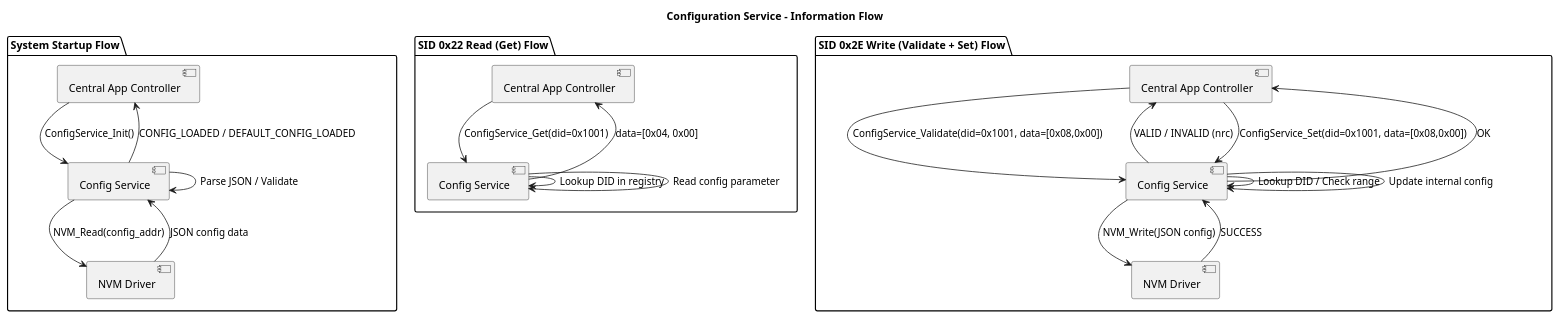
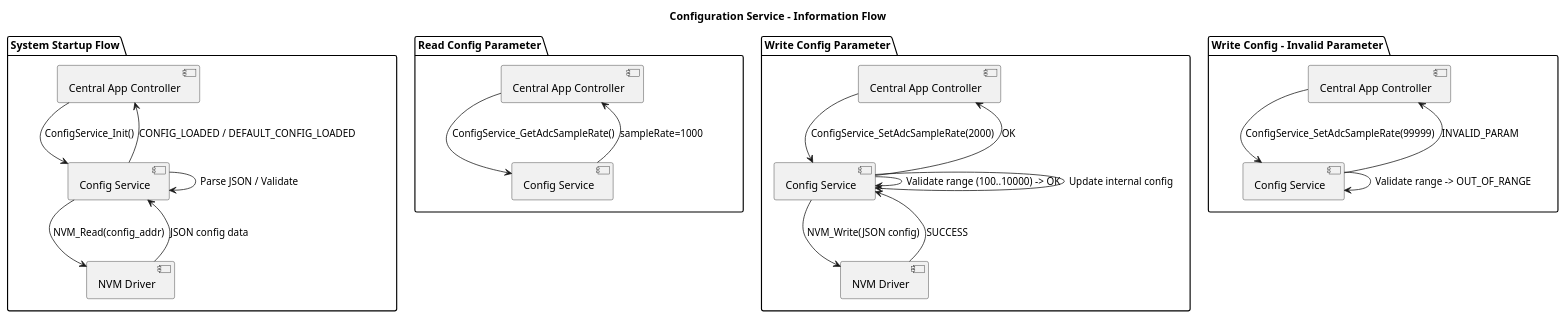
One commit to LinhTrucVo/Bico_Protocol_Bridge changed the diagram in 2_architecture/fucntionView/layer2Service/configService/informationFlow.puml. Above: the diagram before and after it, drawn with PlantUML. The commit also changed 19 other files, not shown here.

First line of the commit message:
Central App Controller now owns all DID/RID mapping and converts UDS requests into typed API calls for downstream modules. ConfigService, SerialToXxxApp modules no longer have any UDS/DID/RID awareness — they expose plain typed APIs (e.g. ReadAdc(ch), WriteGpio(pin, state), SetAdcSampleRate(rate)).

```diff
--- a/2_architecture/fucntionView/layer2Service/configService/informationFlow.puml
+++ b/2_architecture/fucntionView/layer2Service/configService/informationFlow.puml
@@ -1,41 +1,46 @@
 @startuml
 title Configuration Service - Information Flow
 
 package "System Startup Flow" {
     component "Central App Controller" as CAC1
     component "Config Service" as CS1
     component "NVM Driver" as NVM1
 
     CAC1 -down-> CS1 : ConfigService_Init()
     CS1 -down-> NVM1 : NVM_Read(config_addr)
     NVM1 -up-> CS1 : JSON config data
     CS1 -down-> CS1 : Parse JSON / Validate
     CS1 -up-> CAC1 : CONFIG_LOADED / DEFAULT_CONFIG_LOADED
 }
 
-package "SID 0x22 Read (Get) Flow" {
+package "Read Config Parameter" {
     component "Central App Controller" as CAC2
     component "Config Service" as CS2
 
-    CAC2 -down-> CS2 : ConfigService_Get(did=0x1001)
-    CS2 -down-> CS2 : Lookup DID in registry
-    CS2 -down-> CS2 : Read config parameter
-    CS2 -up-> CAC2 : data=[0x04, 0x00]
+    CAC2 -down-> CS2 : ConfigService_GetAdcSampleRate()
+    CS2 -up-> CAC2 : sampleRate=1000
 }
 
-package "SID 0x2E Write (Validate + Set) Flow" {
+package "Write Config Parameter" {
     component "Central App Controller" as CAC3
     component "Config Service" as CS3
     component "NVM Driver" as NVM3
 
-    CAC3 -down-> CS3 : ConfigService_Validate(did=0x1001, data=[0x08,0x00])
-    CS3 -down-> CS3 : Lookup DID / Check range
-    CS3 -up-> CAC3 : VALID / INVALID (nrc)
-    CAC3 -down-> CS3 : ConfigService_Set(did=0x1001, data=[0x08,0x00])
+    CAC3 -down-> CS3 : ConfigService_SetAdcSampleRate(2000)
+    CS3 -down-> CS3 : Validate range (100..10000) -> OK
     CS3 -down-> CS3 : Update internal config
     CS3 -down-> NVM3 : NVM_Write(JSON config)
     NVM3 -up-> CS3 : SUCCESS
     CS3 -up-> CAC3 : OK
 }
 
+package "Write Config - Invalid Parameter" {
+    component "Central App Controller" as CAC4
+    component "Config Service" as CS4
+
+    CAC4 -down-> CS4 : ConfigService_SetAdcSampleRate(99999)
+    CS4 -down-> CS4 : Validate range -> OUT_OF_RANGE
+    CS4 -up-> CAC4 : INVALID_PARAM
+}
+
 @enduml
```
